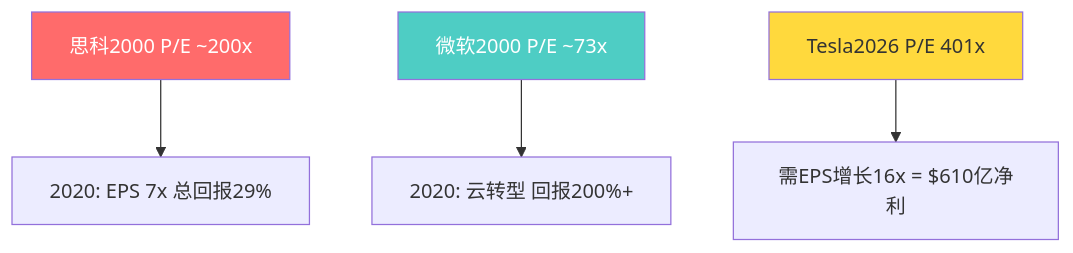
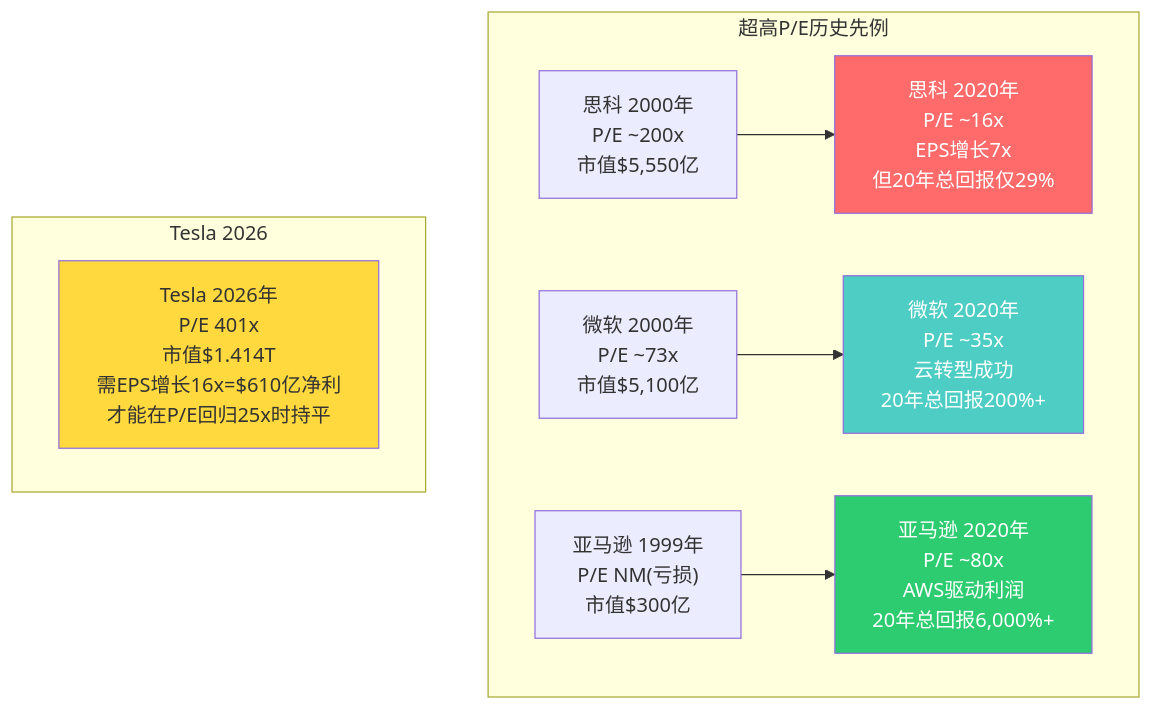
Diagram 12 of 14 in reports/TSLA/staging/moduleC_competition.md (miltonnewyork25-afk/investment-master), drawn with Mermaid before and after one commit. The commit also changed other lines of this file and 6 other files, not shown here.

````diff
--- a/reports/TSLA/staging/moduleC_competition.md
+++ b/reports/TSLA/staging/moduleC_competition.md
@@ -218,9 +477,21 @@
 ```mermaid
 graph TD
-    CISCO["思科2000 P/E ~200x"] --> CISCO20["2020: EPS 7x 总回报29%"]
-    MSFT["微软2000 P/E ~73x"] --> MSFT20["2020: 云转型 回报200%+"]
-    TSLA_NOW["Tesla2026 P/E 401x"] --> TSLA_Q["需EPS增长16x = $610亿净利"]
-    style CISCO fill:#ff6b6b,color:#fff
-    style MSFT fill:#4ecdc4,color:#fff
-    style TSLA_NOW fill:#ffd93d,color:#333
+    subgraph History["超高P/E历史先例"]
+        C2000["思科 2000年<br/>P/E ~200x<br/>市值$5,550亿"]
+        C2020["思科 2020年<br/>P/E ~16x<br/>EPS增长7x<br/>但20年总回报仅29%"]
+        M2000["微软 2000年<br/>P/E ~73x<br/>市值$5,100亿"]
+        M2020["微软 2020年<br/>P/E ~35x<br/>云转型成功<br/>20年总回报200%+"]
+        AMZN2000["亚马逊 1999年<br/>P/E NM(亏损)<br/>市值$300亿"]
+        AMZN2020["亚马逊 2020年<br/>P/E ~80x<br/>AWS驱动利润<br/>20年总回报6,000%+"]
+    end
+    C2000 --> C2020
+    M2000 --> M2020
+    AMZN2000 --> AMZN2020
+    subgraph Now["Tesla 2026"]
+        T2026["Tesla 2026年<br/>P/E 401x<br/>市值$1.414T<br/>需EPS增长16x=$610亿净利<br/>才能在P/E回归25x时持平"]
+    end
+    style C2020 fill:#ff6b6b,color:#fff
+    style M2020 fill:#4ecdc4,color:#fff
+    style AMZN2020 fill:#2ecc71,color:#fff
+    style T2026 fill:#ffd93d,color:#333
 ```
````
